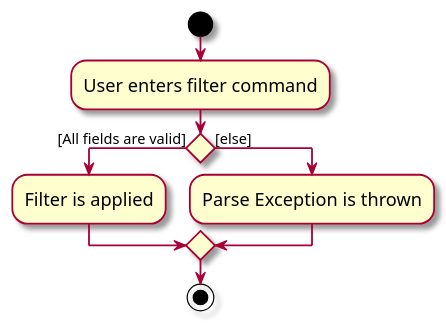
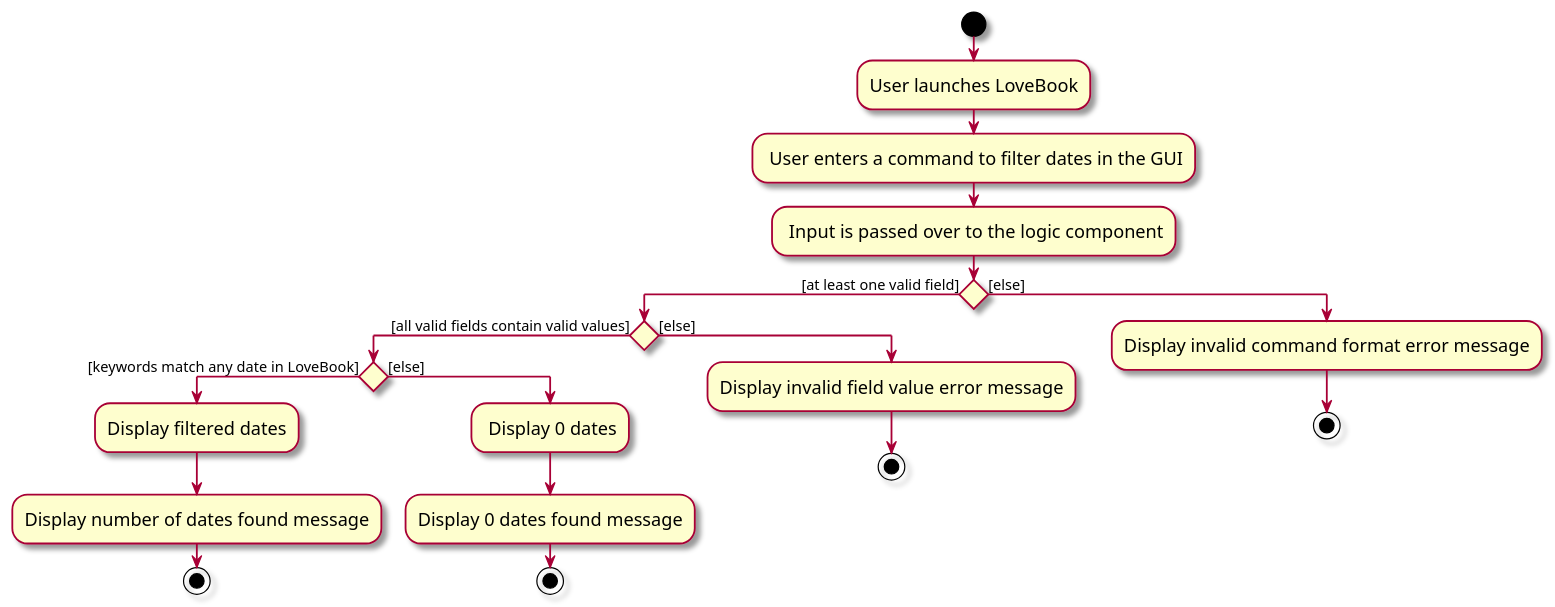
One commit to AY2324S1-CS2103T-F10-2/tp changed the diagram in diagrams/FilterActivity.puml. Above: the diagram before and after it, drawn with PlantUML. The commit also changed 44 other files, not shown here.

```diff
--- a/diagrams/FilterActivity.puml
+++ b/diagrams/FilterActivity.puml
@@ -1,17 +1,31 @@
 @startuml
 skin rose
 skinparam ActivityFontSize 15
 skinparam ArrowFontSize 12
 start
-:User enters filter command;
+:User launches LoveBook;
 
-'Since the beta syntax does not support placing the condition outside the
-'diamond we place it as the true branch instead.
+: User enters a command to filter dates in the GUI;
 
-if () then ([All fields are valid])
-    :Filter is applied;
+: Input is passed over to the logic component;
+
+if () then ([at least one valid field])
+        if () then ([all valid fields contain valid values])
+            if () then ([keywords match any date in LoveBook])
+                :Display filtered dates;
+                :Display number of dates found message;
+                stop
+            else ([else])
+                : Display 0 dates;
+                :Display 0 dates found message;
+                stop
+            endif
+        else ([else])
+            :Display invalid field value error message;
+            stop
+        endif
 else ([else])
-:Parse Exception is thrown;
+    :Display invalid command format error message;
+    stop
 endif
-stop
 @enduml
```
